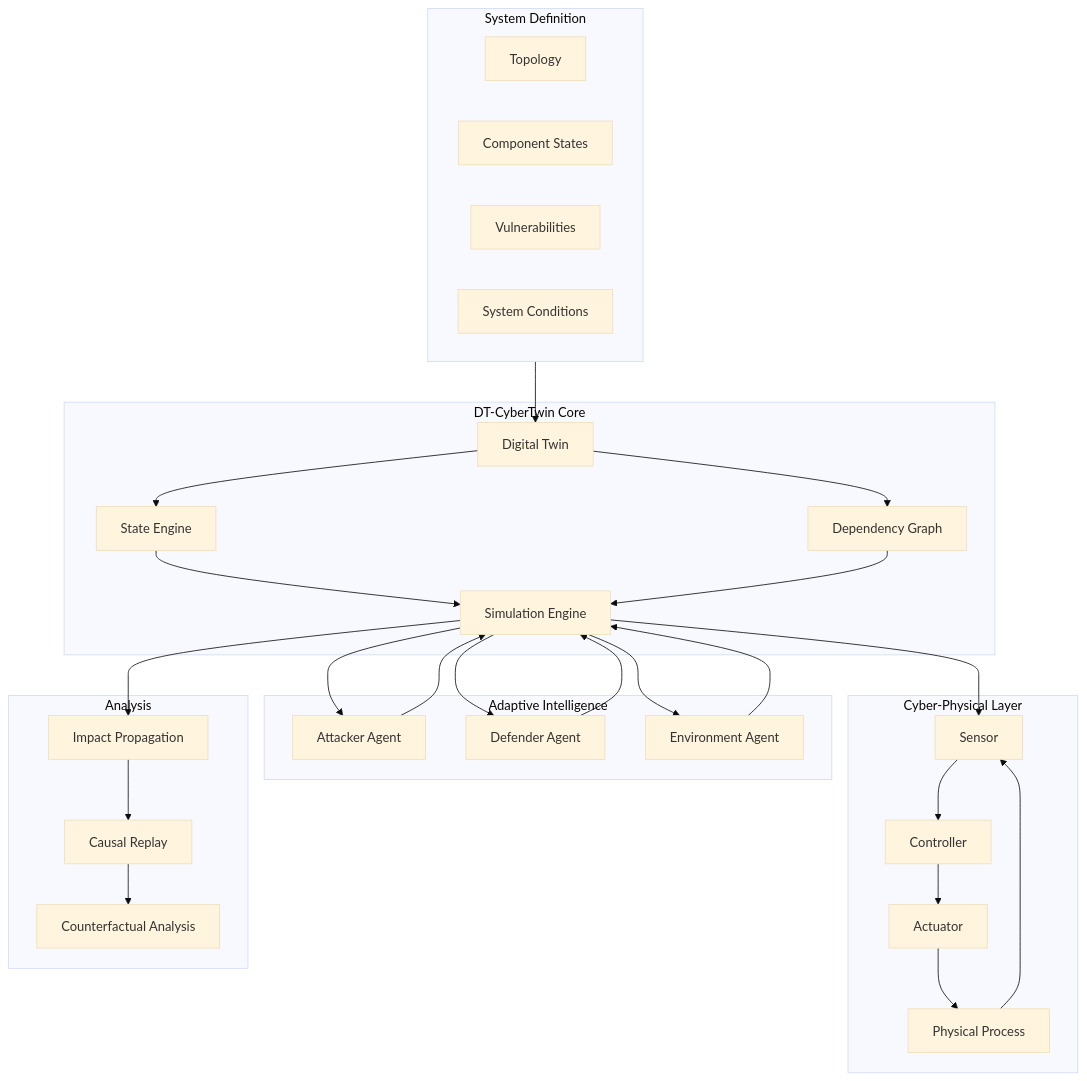
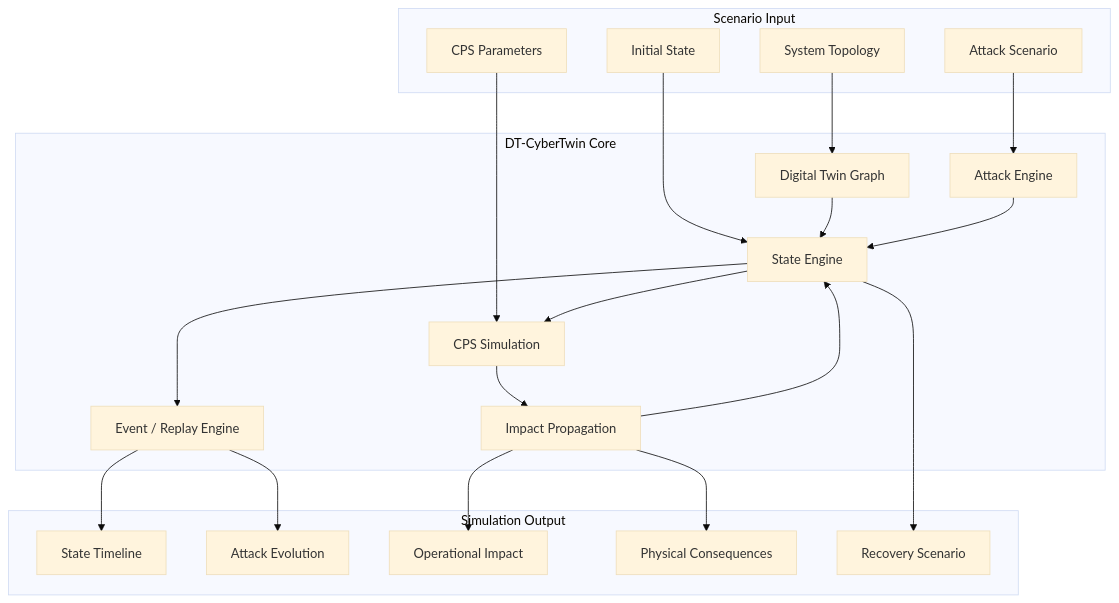
One commit to Anushree401/DT-CyberTwin changed diagram 11 of 12 in README.md. Above: the diagram before and after it, drawn with Mermaid (base theme). The commit also changed other lines of this file, not shown here.

````diff
--- a/README.md
+++ b/README.md
@@ -176,58 +471,45 @@
 ```mermaid
 flowchart TB
-    subgraph Input["System Definition"]
-        A[Topology]
-        B[Component States]
-        C[Vulnerabilities]
-        D[System Conditions]
+
+    subgraph INPUT["Scenario Input"]
+        A[System Topology]
+        B[Initial State]
+        C[Attack Scenario]
+        D[CPS Parameters]
     end
 
-    subgraph Twin["DT-CyberTwin Core"]
-        E[Digital Twin]
+    subgraph CORE["DT-CyberTwin Core"]
+        E[Digital Twin Graph]
         F[State Engine]
-        G[Dependency Graph]
-        H[Simulation Engine]
+        G[Attack Engine]
+        H[CPS Simulation]
+        I[Impact Propagation]
+        J[Event / Replay Engine]
     end
 
-    subgraph Intelligence["Adaptive Intelligence"]
-        I[Attacker Agent]
-        J[Defender Agent]
-        K[Environment Agent]
+    subgraph OUTPUT["Simulation Output"]
+        K[State Timeline]
+        L[Attack Evolution]
+        M[Operational Impact]
+        N[Physical Consequences]
+        O[Recovery Scenario]
     end
 
-    subgraph CPS["Cyber-Physical Layer"]
-        L[Sensor]
-        M[Controller]
-        N[Actuator]
-        O[Physical Process]
-    end
+    A --> E
+    B --> F
+    C --> G
+    D --> H
 
-    subgraph Analysis["Analysis"]
-        P[Impact Propagation]
-        Q[Causal Replay]
-        R[Counterfactual Analysis]
-    end
+    E --> F
+    G --> F
+    F --> H
+    H --> I
+    I --> F
+    F --> J
 
-    Input --> E
-    E --> F
-    E --> G
-    F --> H
-    G --> H
-
-    I --> H
-    J --> H
-    K --> H
-    H --> I
-    H --> J
-    H --> K
-
-    H --> L
-    L --> M
-    M --> N
-    N --> O
-    O --> L
-
-    H --> P
-    P --> Q
-    Q --> R
+    J --> K
+    J --> L
+    I --> M
+    I --> N
+    F --> O
 ```
````
